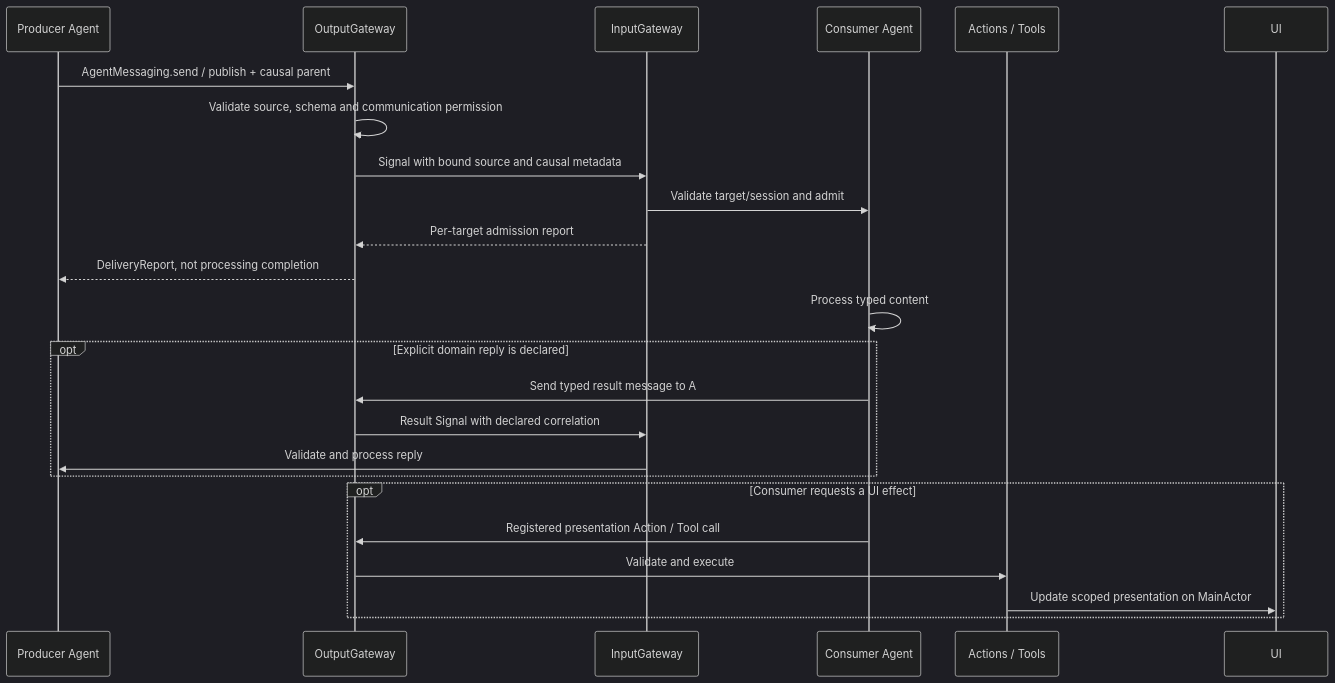
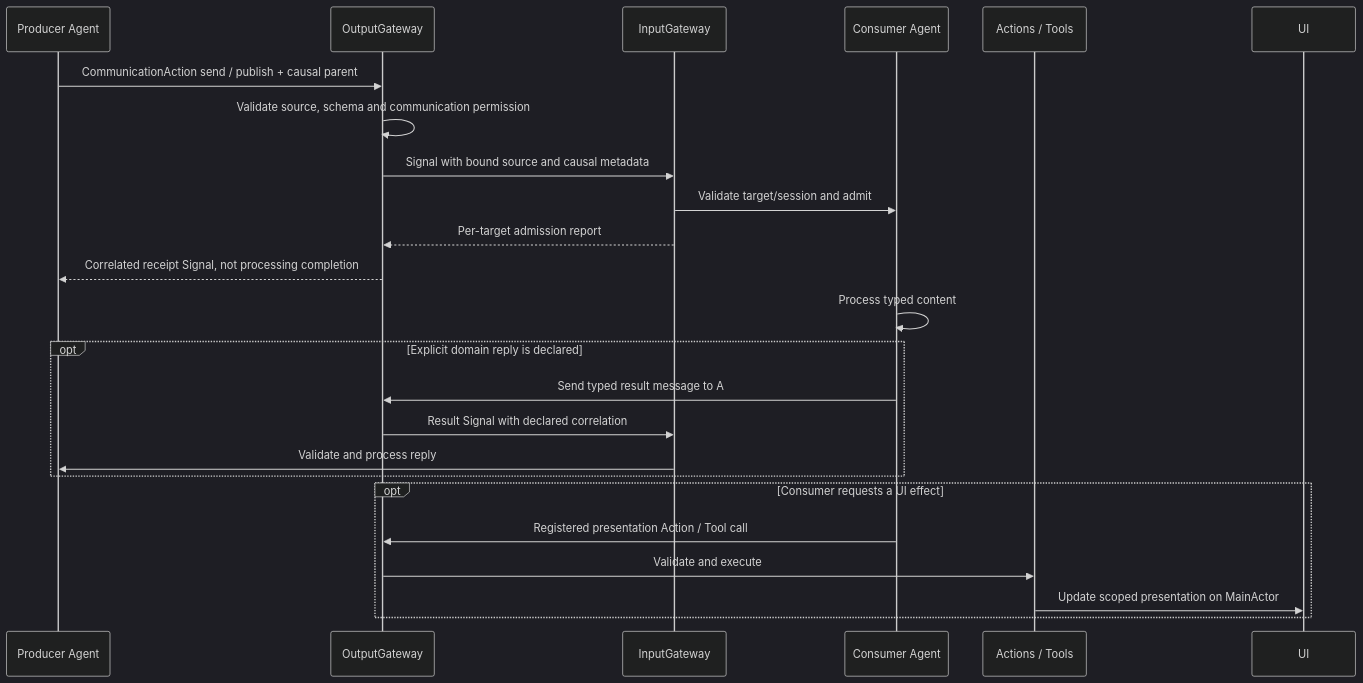
Diagram 20 of 29 in MobileHarness/README.md (devilyouwei/MobileHarness), drawn with Mermaid (dark theme) before and after one commit. The commit also changed other lines of this file and 291 other files, not shown here.

First line of the commit message:
Refactor agent task ownership, communication and conversation presentation

````diff
--- a/MobileHarness/README.md
+++ b/MobileHarness/README.md
@@ -1152,26 +1151,26 @@
 ```mermaid
 sequenceDiagram
     participant A as Producer Agent
     participant Output as OutputGateway
     participant Input as InputGateway
     participant B as Consumer Agent
     participant Effects as Actions / Tools
     participant UI
-    A->>Output: AgentMessaging.send / publish + causal parent
+    A->>Output: CommunicationAction send / publish + causal parent
     Output->>Output: Validate source, schema and communication permission
     Output->>Input: Signal with bound source and causal metadata
     Input->>B: Validate target/session and admit
     Input-->>Output: Per-target admission report
-    Output-->>A: DeliveryReport, not processing completion
+    Output-->>A: Correlated receipt Signal, not processing completion
     B->>B: Process typed content
     opt Explicit domain reply is declared
         B->>Output: Send typed result message to A
         Output->>Input: Result Signal with declared correlation
         Input->>A: Validate and process reply
     end
     opt Consumer requests a UI effect
         B->>Output: Registered presentation Action / Tool call
         Output->>Effects: Validate and execute
         Effects->>UI: Update scoped presentation on MainActor
     end
 ```
````
